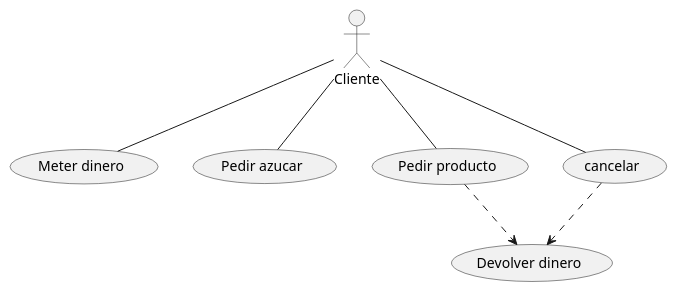
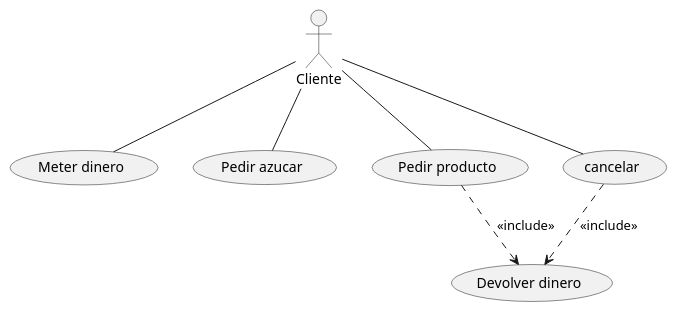
One commit to frangg222/PlantUML changed the diagram in src/UMLprimero.puml. Above: the diagram before and after it, drawn with PlantUML.

Commit message:
EDICION PRIMER UML

```diff
--- a/src/UMLprimero.puml
+++ b/src/UMLprimero.puml
@@ -1,11 +1,11 @@
 @startuml
 
 'https://plantuml.com/sequence-diagram
 :Cliente: as cli
 cli --(Meter dinero)
 cli --(Pedir azucar)
 cli --(Pedir producto)
 cli --(cancelar)
-(Pedir producto) ..>(Devolver dinero)
-(cancelar) ..>(Devolver dinero)
+(Pedir producto) ..>(Devolver dinero) : <<include>>
+(cancelar) ..>(Devolver dinero) : <<include>>
 @enduml
```
